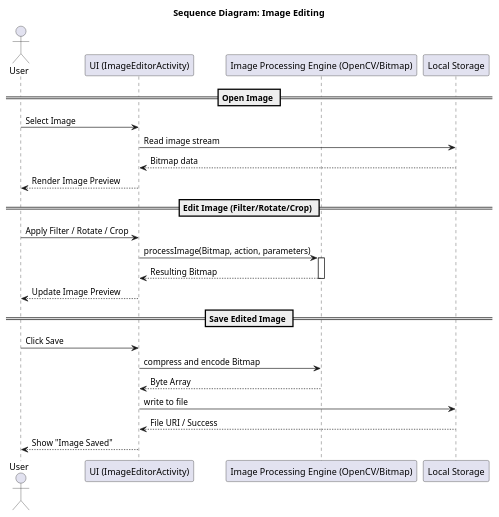
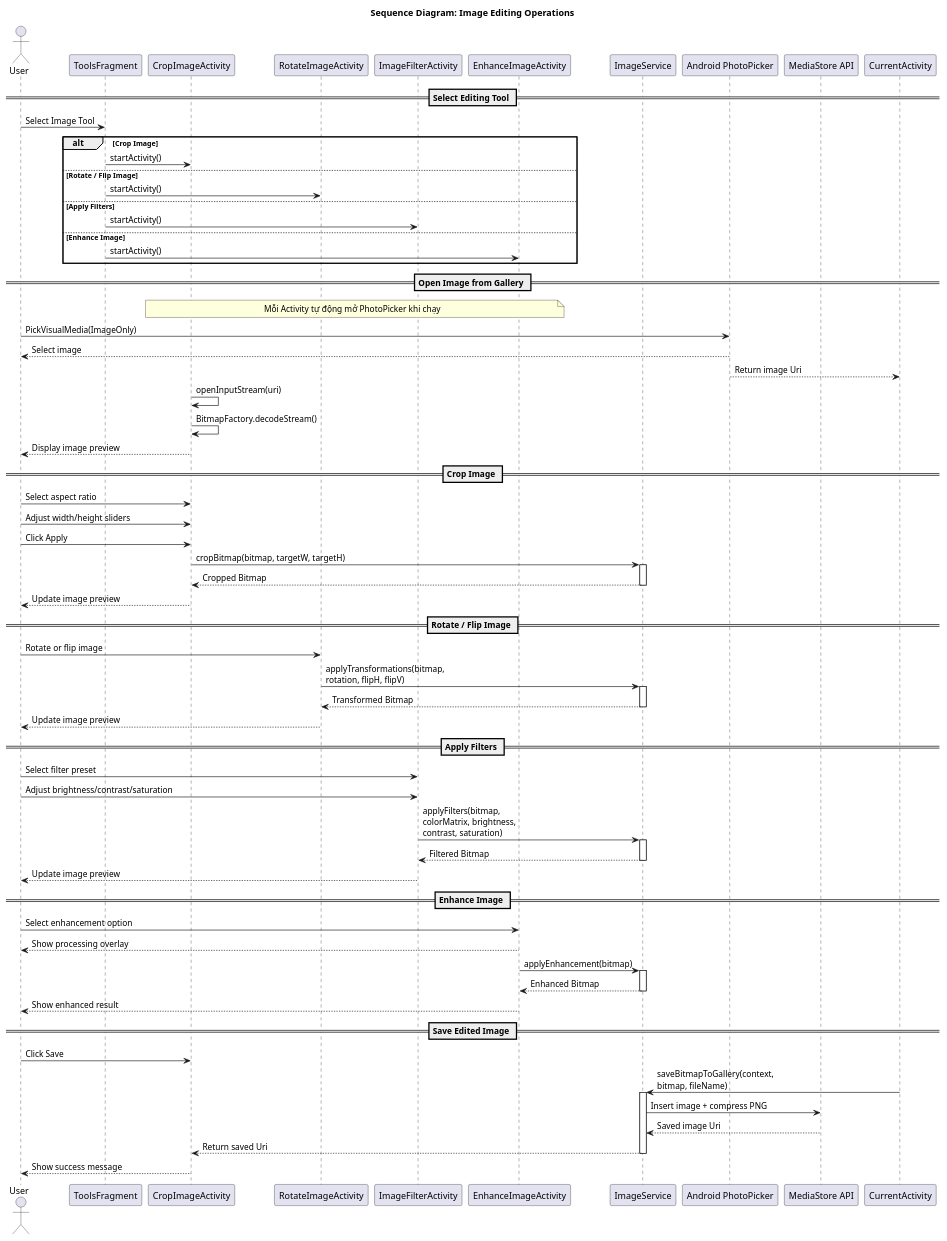
Before and after one commit to LuuQuangTien/FileEditorApp: the diagram in _docs/Sequence/SD_ImgEdit.puml, drawn with PlantUML. The commit also changed 21 other files, not shown here.

```diff
--- a/_docs/Sequence/SD_ImgEdit.puml
+++ b/_docs/Sequence/SD_ImgEdit.puml
@@ -1,29 +1,99 @@
 @startuml
-title Sequence Diagram: Image Editing
+title Sequence Diagram: Image Editing Operations
+
 actor User
-participant "UI (ImageEditorActivity)" as UI
-participant "Image Processing Engine (OpenCV/Bitmap)" as Engine
-participant "Local Storage" as Storage
+participant "ToolsFragment" as Tools
+participant "CropImageActivity" as CropUI
+participant "RotateImageActivity" as RotateUI
+participant "ImageFilterActivity" as FilterUI
+participant "EnhanceImageActivity" as EnhanceUI
+participant "ImageService" as Service
+participant "Android PhotoPicker" as Picker
+participant "MediaStore API" as MediaStore
 
-== Open Image ==
-User -> UI : Select Image
-UI -> Storage : Read image stream
-Storage --> UI : Bitmap data
-UI --> User : Render Image Preview
+== Select Editing Tool ==
+User -> Tools : Select Image Tool
 
-== Edit Image (Filter/Rotate/Crop) ==
-User -> UI : Apply Filter / Rotate / Crop
-UI -> Engine : processImage(Bitmap, action, parameters)
-activate Engine
-Engine --> UI : Resulting Bitmap
-deactivate Engine
-UI --> User : Update Image Preview
+alt Crop Image
+    Tools -> CropUI : startActivity()
+else Rotate / Flip Image
+    Tools -> RotateUI : startActivity()
+else Apply Filters
+    Tools -> FilterUI : startActivity()
+else Enhance Image
+    Tools -> EnhanceUI : startActivity()
+end
+
+== Open Image from Gallery ==
+note over CropUI, EnhanceUI
+Mỗi Activity tự động mở PhotoPicker khi chạy
+end note
+
+User -> Picker : PickVisualMedia(ImageOnly)
+Picker --> User : Select image
+Picker --> CurrentActivity : Return image Uri
+
+CropUI -> CropUI : openInputStream(uri)
+CropUI -> CropUI : BitmapFactory.decodeStream()
+CropUI --> User : Display image preview
+
+== Crop Image ==
+User -> CropUI : Select aspect ratio
+User -> CropUI : Adjust width/height sliders
+User -> CropUI : Click Apply
+
+CropUI -> Service : cropBitmap(bitmap, targetW, targetH)
+activate Service
+Service --> CropUI : Cropped Bitmap
+deactivate Service
+
+CropUI --> User : Update image preview
+
+== Rotate / Flip Image ==
+User -> RotateUI : Rotate or flip image
+
+RotateUI -> Service : applyTransformations(bitmap,\nrotation, flipH, flipV)
+activate Service
+Service --> RotateUI : Transformed Bitmap
+deactivate Service
+
+RotateUI --> User : Update image preview
+
+== Apply Filters ==
+User -> FilterUI : Select filter preset
+User -> FilterUI : Adjust brightness/contrast/saturation
+
+FilterUI -> Service : applyFilters(bitmap,\ncolorMatrix, brightness,\ncontrast, saturation)
+activate Service
+Service --> FilterUI : Filtered Bitmap
+deactivate Service
+
+FilterUI --> User : Update image preview
+
+== Enhance Image ==
+User -> EnhanceUI : Select enhancement option
+
+EnhanceUI --> User : Show processing overlay
+
+EnhanceUI -> Service : applyEnhancement(bitmap)
+activate Service
+Service --> EnhanceUI : Enhanced Bitmap
+deactivate Service
+
+EnhanceUI --> User : Show enhanced result
 
 == Save Edited Image ==
-User -> UI : Click Save
-UI -> Engine : compress and encode Bitmap
-Engine --> UI : Byte Array
-UI -> Storage : write to file
-Storage --> UI : File URI / Success
-UI --> User : Show "Image Saved"
+User -> CropUI : Click Save
+
+CurrentActivity -> Service : saveBitmapToGallery(context,\nbitmap, fileName)
+activate Service
+
+Service -> MediaStore : Insert image + compress PNG
+MediaStore --> Service : Saved image Uri
+
+Service --> CropUI : Return saved Uri
+deactivate Service
+
+CropUI --> User : Show success message
+
 @enduml
```
